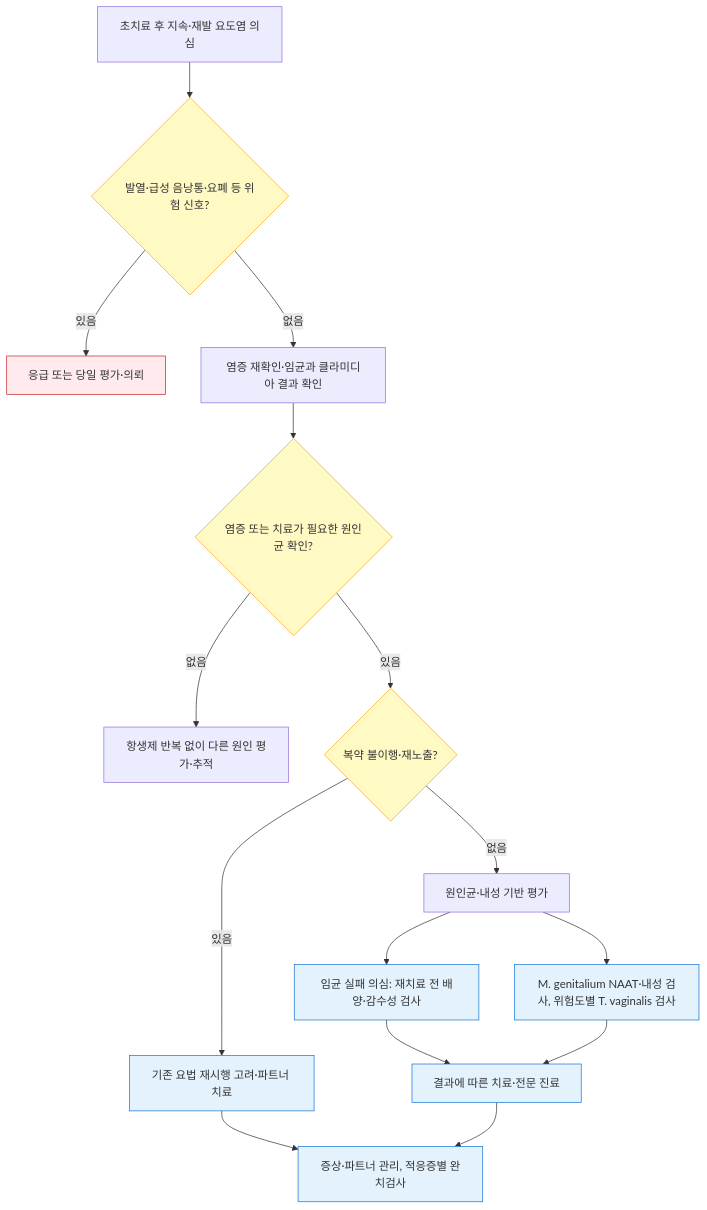
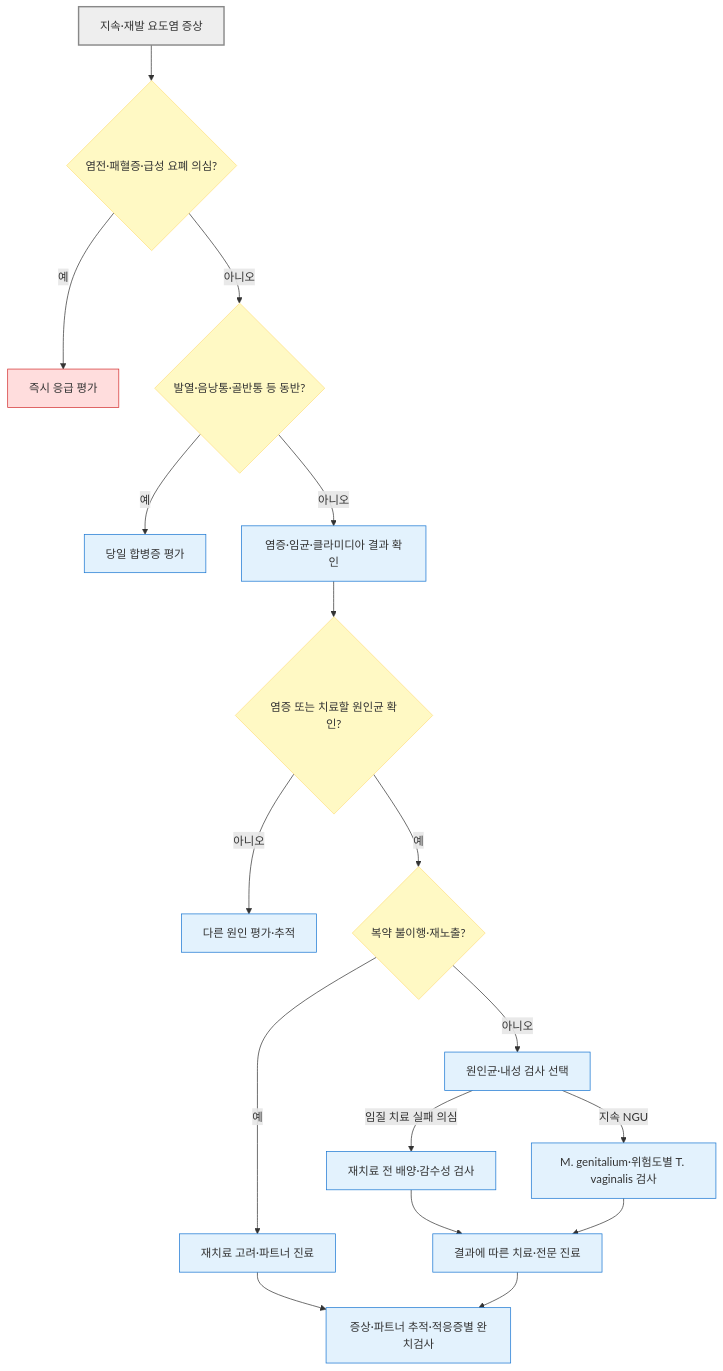
Before and after one commit to familyoh77/familyoh77: the diagram in 227_/115_-urethritis.md, drawn with Mermaid. The commit also changed other lines of this file and 10 other files, not shown here.

````diff
--- a/227_/115_-urethritis.md
+++ b/227_/115_-urethritis.md
@@ -120,23 +120,26 @@
 ```mermaid
 flowchart TD
-    A["초치료 후 지속·재발 요도염 의심"] --> B{"발열·급성 음낭통·요폐 등 위험 신호?"}
-    B -- 있음 --> C["응급 또는 당일 평가·의뢰"]
-    B -- 없음 --> D["염증 재확인·임균과 클라미디아 결과 확인"]
-    D --> E{"염증 또는 치료가 필요한 원인균 확인?"}
-    E -- 없음 --> F["항생제 반복 없이 다른 원인 평가·추적"]
-    E -- 있음 --> G{"복약 불이행·재노출?"}
-    G -- 있음 --> H["기존 요법 재시행 고려·파트너 치료"]
-    G -- 없음 --> I["원인균·내성 기반 평가"]
-    I --> J["임균 실패 의심: 재치료 전 배양·감수성 검사"]
-    I --> K["M. genitalium NAAT·내성 검사, 위험도별 T. vaginalis 검사"]
+    A["지속·재발 요도염 증상"] --> B{"염전·패혈증·급성 요폐 의심?"}
+    B -- "예" --> C["즉시 응급 평가"]
+    B -- "아니오" --> N{"발열·음낭통·골반통 등 동반?"}
+    N -- "예" --> O["당일 합병증 평가"]
+    N -- "아니오" --> D["염증·임균·클라미디아 결과 확인"]
+    D --> E{"염증 또는 치료할 원인균 확인?"}
+    E -- "아니오" --> F["다른 원인 평가·추적"]
+    E -- "예" --> G{"복약 불이행·재노출?"}
+    G -- "예" --> H["재치료 고려·파트너 진료"]
+    G -- "아니오" --> I["원인균·내성 검사 선택"]
+    I -- "임질 치료 실패 의심" --> J["재치료 전 배양·감수성 검사"]
+    I -- "지속 NGU" --> K["M. genitalium·위험도별 T. vaginalis 검사"]
     J --> L["결과에 따른 치료·전문 진료"]
     K --> L
-    H --> M["증상·파트너 관리, 적응증별 완치검사"]
+    H --> M["증상·파트너 추적·적응증별 완치검사"]
     L --> M
-    classDef danger fill:#ffebee,stroke:#c62828
-    classDef decision fill:#fff9c4,stroke:#f9a825
+    classDef decision fill:#fff9c4,stroke:#ffe082
+    classDef danger fill:#ffdddd,stroke:#d32f2f
     classDef action fill:#e3f2fd,stroke:#1976d2
-    class B,E,G decision
+    class B,N,E,G decision
     class C danger
-    class H,J,K,L,M action
+    class O,D,F,H,I,J,K,L,M action
+    style A fill:#eeeeee,stroke:#888888,stroke-width:2px
 ```
````
